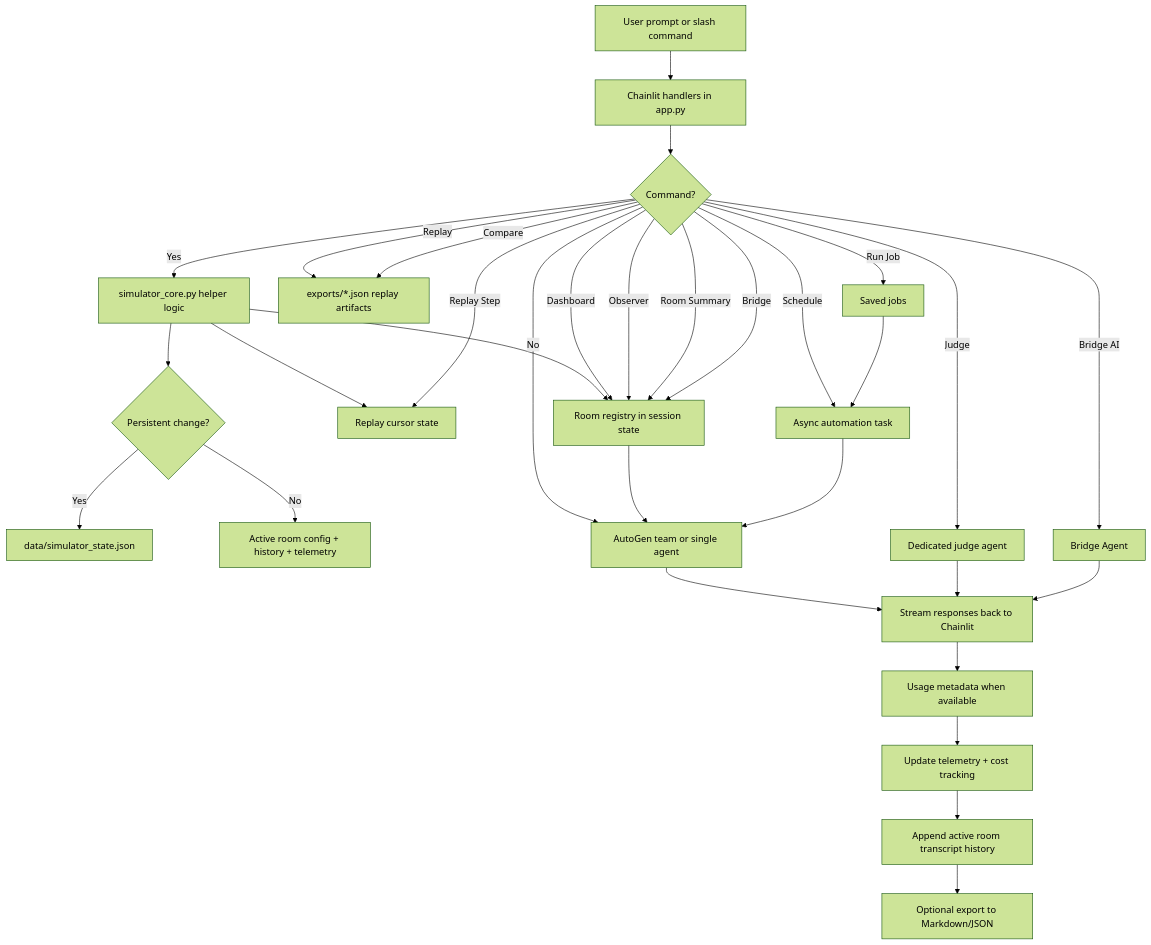
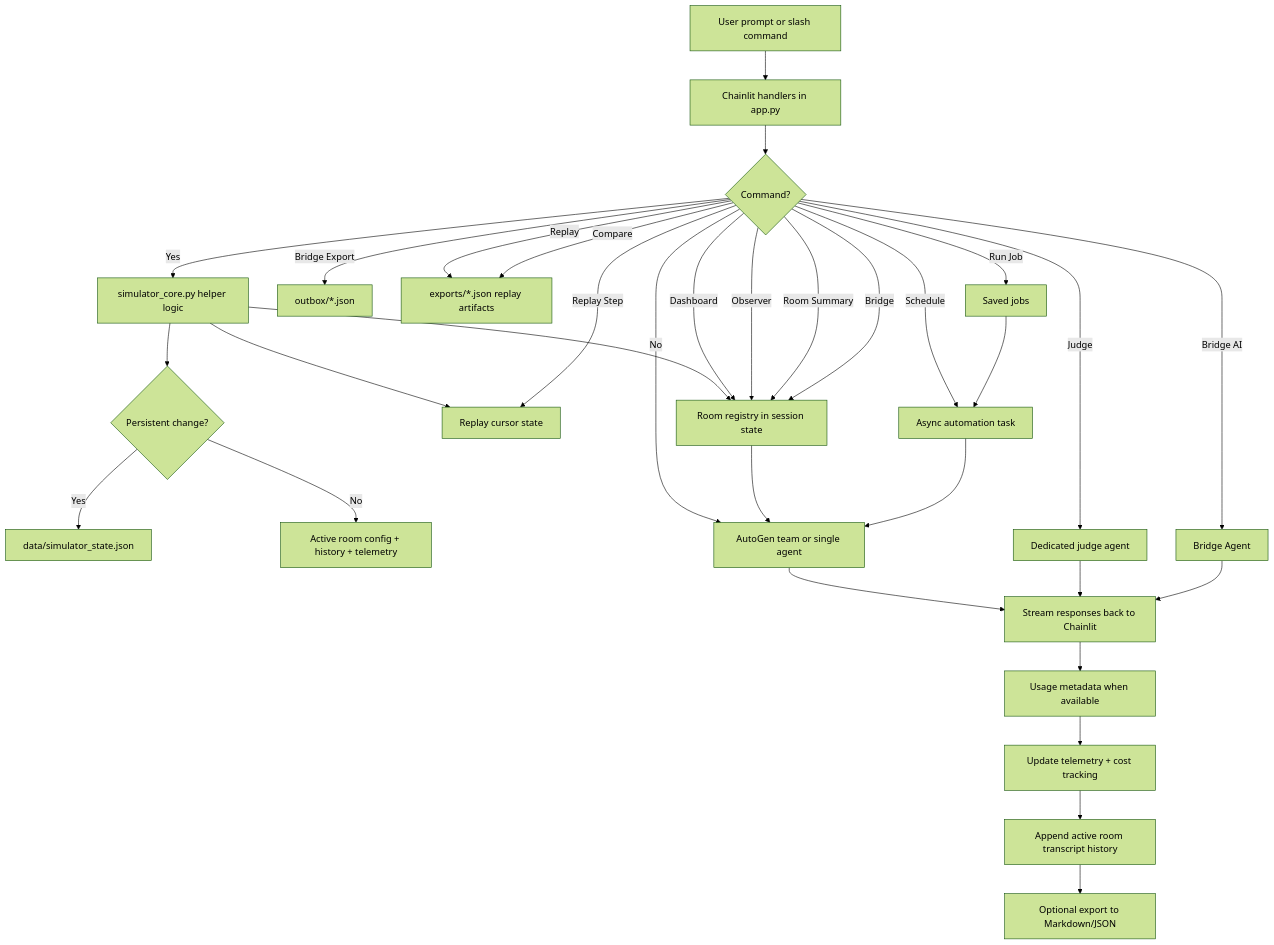
The diagram in docs/ai/design/simulator-operations.md (robertpelloni/agentirc), drawn with Mermaid (forest theme) before and after one commit. The commit also changed other lines of this file and 10 other files, not shown here.

Commit message:
feat: add external bridge outbox foundations

````diff
--- a/docs/ai/design/simulator-operations.md
+++ b/docs/ai/design/simulator-operations.md
@@ -72,33 +82,34 @@
 ```mermaid
 flowchart TD
     User[User prompt or slash command] --> CL[Chainlit handlers in app.py]
     CL --> Cmd{Command?}
     Cmd -- Yes --> Core[simulator_core.py helper logic]
     Core --> Rooms[Room registry in session state]
     Core --> ReplayState[Replay cursor state]
     Core --> Persist{Persistent change?}
     Persist -- Yes --> State[data/simulator_state.json]
     Persist -- No --> Session[Active room config + history + telemetry]
     Cmd -- Dashboard --> Rooms
     Cmd -- Observer --> Rooms
     Cmd -- Room Summary --> Rooms
     Cmd -- Bridge --> Rooms
     Cmd -- Bridge AI --> BridgeAgent[Bridge Agent]
+    Cmd -- Bridge Export --> Outbox[outbox/*.json]
     Cmd -- Replay --> Exports[exports/*.json replay artifacts]
     Cmd -- Replay Step --> ReplayState
     Cmd -- Compare --> Exports
     Cmd -- Schedule --> Task[Async automation task]
     Cmd -- Run Job --> Jobs[Saved jobs]
     Cmd -- Judge --> Judge[Dedicated judge agent]
     Cmd -- No --> Team[AutoGen team or single agent]
     Rooms --> Team
     Jobs --> Task
     Task --> Team
     Team --> Stream[Stream responses back to Chainlit]
     Judge --> Stream
     BridgeAgent --> Stream
     Stream --> Usage[Usage metadata when available]
     Usage --> Telemetry[Update telemetry + cost tracking]
     Telemetry --> History[Append active room transcript history]
     History --> Export[Optional export to Markdown/JSON]
 ```
````
